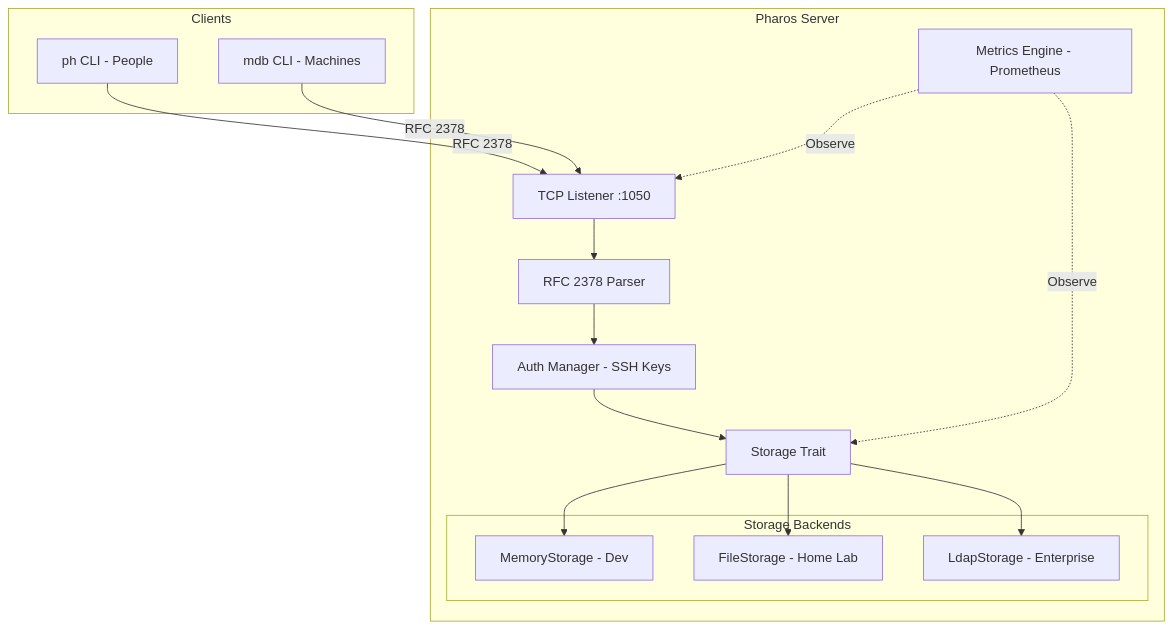
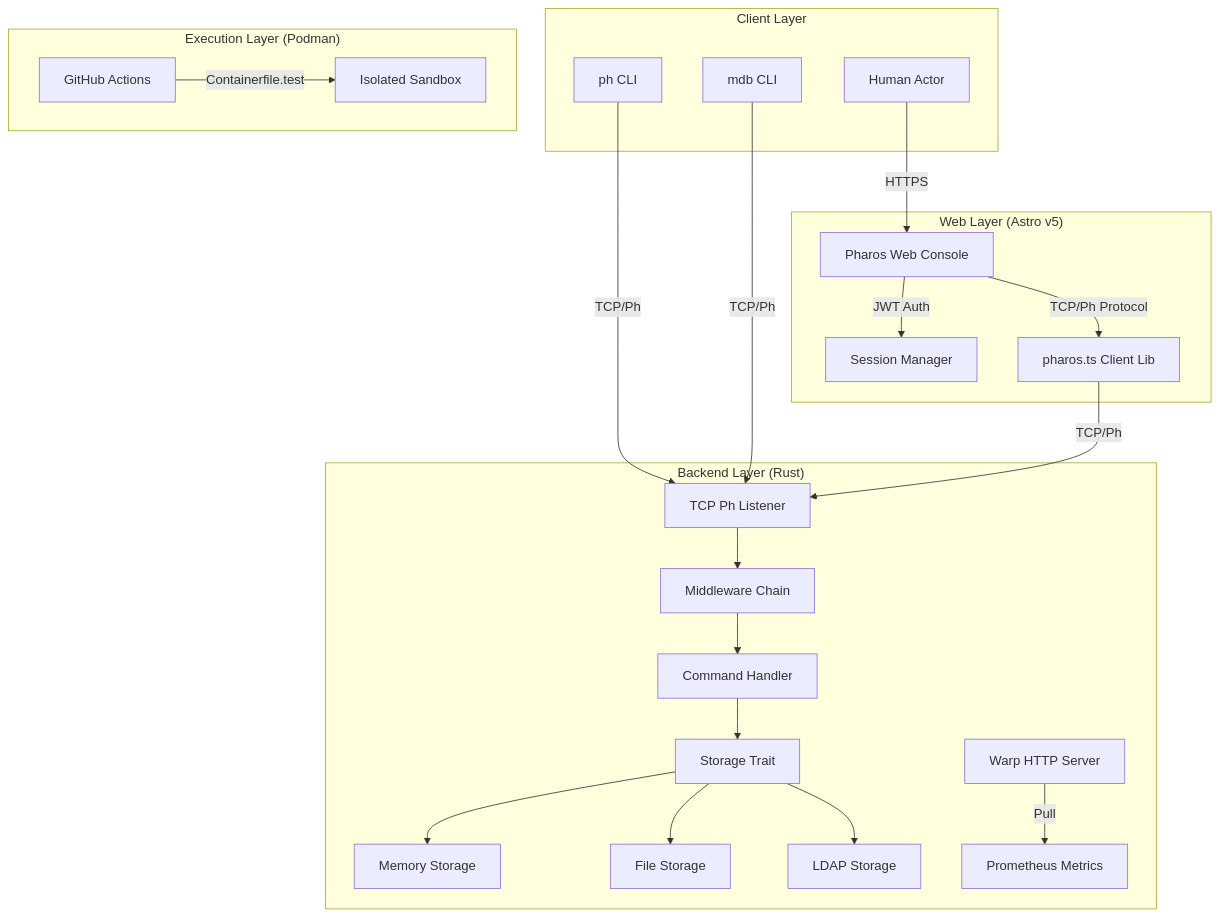
Before and after one commit to iamrichardD/pharos: the first of 4 diagrams in docs/ARCHITECTURE.md, drawn with Mermaid. The commit also changed other lines of this file and 3 other files, not shown here.

First line of the commit message:
docs: implement high-fidelity architectural mapping and decision matrix

````diff
--- a/docs/ARCHITECTURE.md
+++ b/docs/ARCHITECTURE.md
@@ -7,33 +8,34 @@
 ```mermaid
 graph TD
-    subgraph Clients
-        PH[ph CLI - People]
-        MDB[mdb CLI - Machines]
+    subgraph "Client Layer"
+        Human[Human Actor]
+        CLI_PH[ph CLI]
+        CLI_MDB[mdb CLI]
     end
 
-    subgraph "Pharos Server"
-        TCP[TCP Listener :1050]
-        Parser[RFC 2378 Parser]
-        Auth[Auth Manager - SSH Keys]
-        Metrics[Metrics Engine - Prometheus]
-        StorageTrait[Storage Trait]
-        
-        subgraph "Storage Backends"
-            Mem[MemoryStorage - Dev]
-            File[FileStorage - Home Lab]
-            LDAP[LdapStorage - Enterprise]
-        end
+    subgraph "Web Layer (Astro v5)"
+        Human -->|HTTPS| WebConsole[Pharos Web Console]
+        WebConsole -->|JWT Auth| SessionManager[Session Manager]
+        WebConsole -->|TCP/Ph Protocol| ClientLib[pharos.ts Client Lib]
     end
 
-    PH -->|RFC 2378| TCP
-    MDB -->|RFC 2378| TCP
-    TCP --> Parser
-    Parser --> Auth
-    Auth --> StorageTrait
-    StorageTrait --> Mem
-    StorageTrait --> File
-    StorageTrait --> LDAP
-    
-    Metrics -.->|Observe| StorageTrait
-    Metrics -.->|Observe| TCP
+    subgraph "Backend Layer (Rust)"
+        CLI_PH -->|TCP/Ph| ProtoListener[TCP Ph Listener]
+        CLI_MDB -->|TCP/Ph| ProtoListener
+        ClientLib -->|TCP/Ph| ProtoListener
+        
+        ProtoListener --> Middleware[Middleware Chain]
+        Middleware --> CommandHandler[Command Handler]
+        CommandHandler --> StorageTrait[Storage Trait]
+        
+        StorageTrait --> MemStore[Memory Storage]
+        StorageTrait --> FileStore[File Storage]
+        StorageTrait --> LDAPStore[LDAP Storage]
+        
+        Warp[Warp HTTP Server] -->|Pull| Metrics[Prometheus Metrics]
+    end
+
+    subgraph "Execution Layer (Podman)"
+        CI[GitHub Actions] -->|Containerfile.test| Sandbox[Isolated Sandbox]
+    end
 ```
````
